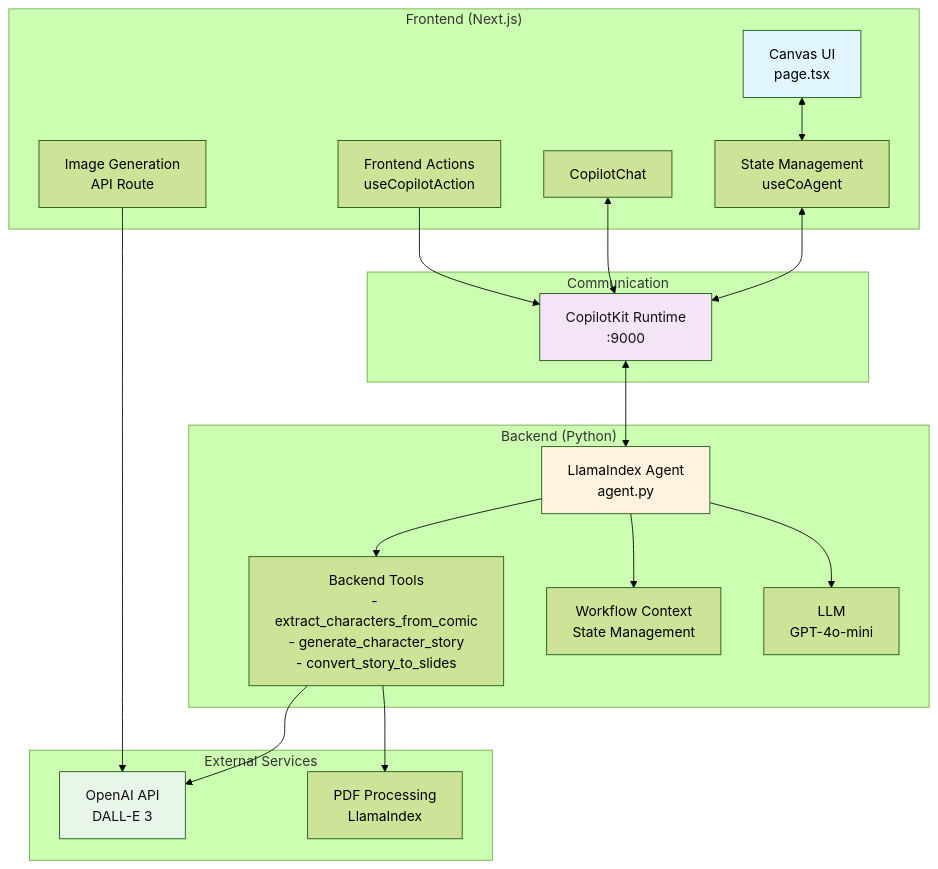
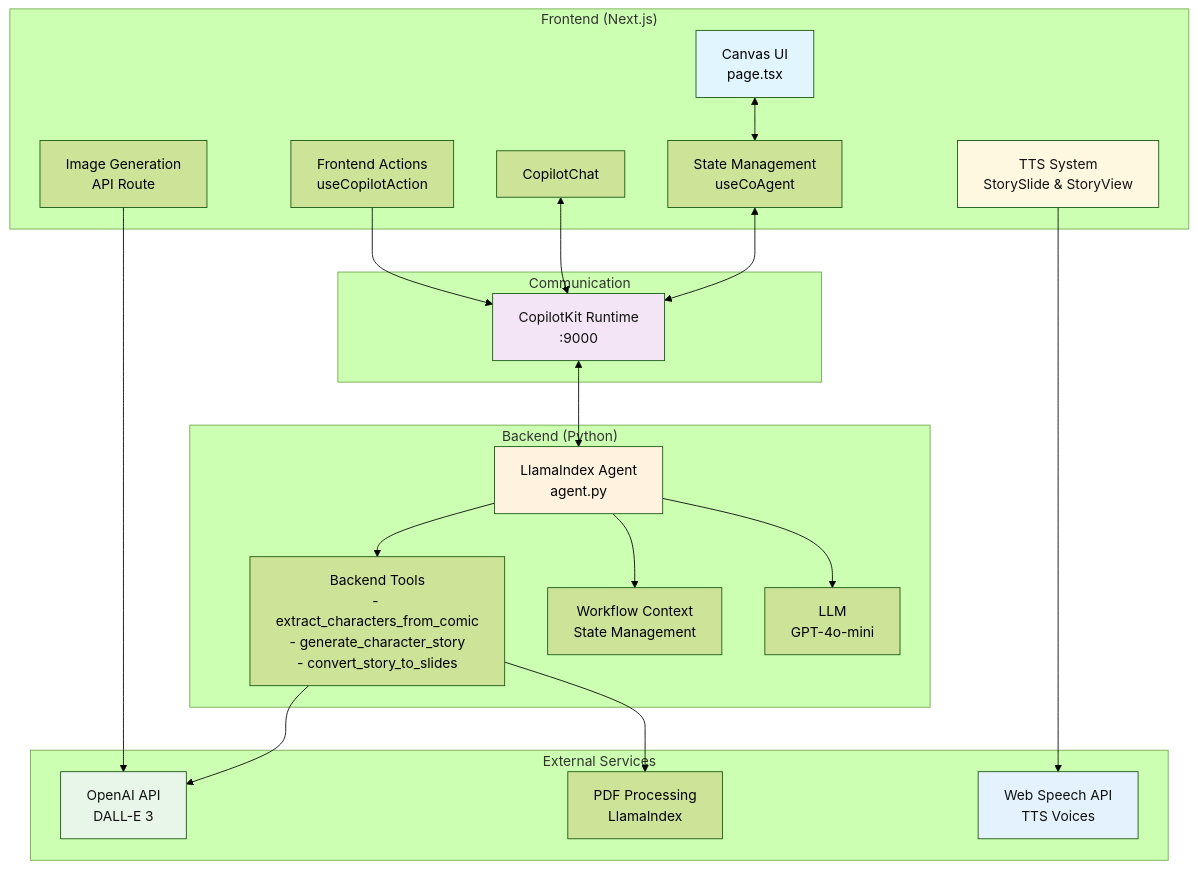
One commit to soul-bits/tiny_legends changed the first of 2 diagrams in z_PROJECT_DESCRIPTION.md. Above: the diagram before and after it, drawn with Mermaid (forest theme). The commit also changed other lines of this file and 2 other files, not shown here.

````diff
--- a/z_PROJECT_DESCRIPTION.md
+++ b/z_PROJECT_DESCRIPTION.md
@@ -141,43 +186,48 @@
 ```mermaid
 graph TB
     subgraph "Frontend (Next.js)"
         UI[Canvas UI<br/>page.tsx]
         Actions[Frontend Actions<br/>useCopilotAction]
         State[State Management<br/>useCoAgent]
         Chat[CopilotChat]
         ImageAPI[Image Generation<br/>API Route]
+        TTS[TTS System<br/>StorySlide & StoryView]
     end
     
     subgraph "Backend (Python)"
         Agent[LlamaIndex Agent<br/>agent.py]
         Tools[Backend Tools<br/>- extract_characters_from_comic<br/>- generate_character_story<br/>- convert_story_to_slides]
         AgentState[Workflow Context<br/>State Management]
         Model[LLM<br/>GPT-4o-mini]
     end
     
     subgraph "External Services"
         OpenAI[OpenAI API<br/>DALL-E 3]
         PDF[PDF Processing<br/>LlamaIndex]
+        SpeechAPI[Web Speech API<br/>TTS Voices]
     end
     
     subgraph "Communication"
         Runtime[CopilotKit Runtime<br/>:9000]
     end
     
     UI <--> State
     State <--> Runtime
     Chat <--> Runtime
     Actions --> Runtime
     Runtime <--> Agent
     Agent --> Tools
     Tools --> OpenAI
     Tools --> PDF
     Agent --> AgentState
     Agent --> Model
     ImageAPI --> OpenAI
+    TTS --> SpeechAPI
     
     style UI text-decoration:none,fill:#e1f5fe
     style Agent text-decoration:none,fill:#fff3e0
     style Runtime text-decoration:none,fill:#f3e5f5,color:#111111
     style OpenAI text-decoration:none,fill:#e8f5e9,color:#111111
+    style TTS text-decoration:none,fill:#fff8e1,color:#111111
+    style SpeechAPI text-decoration:none,fill:#e3f2fd,color:#111111
 ```
````
